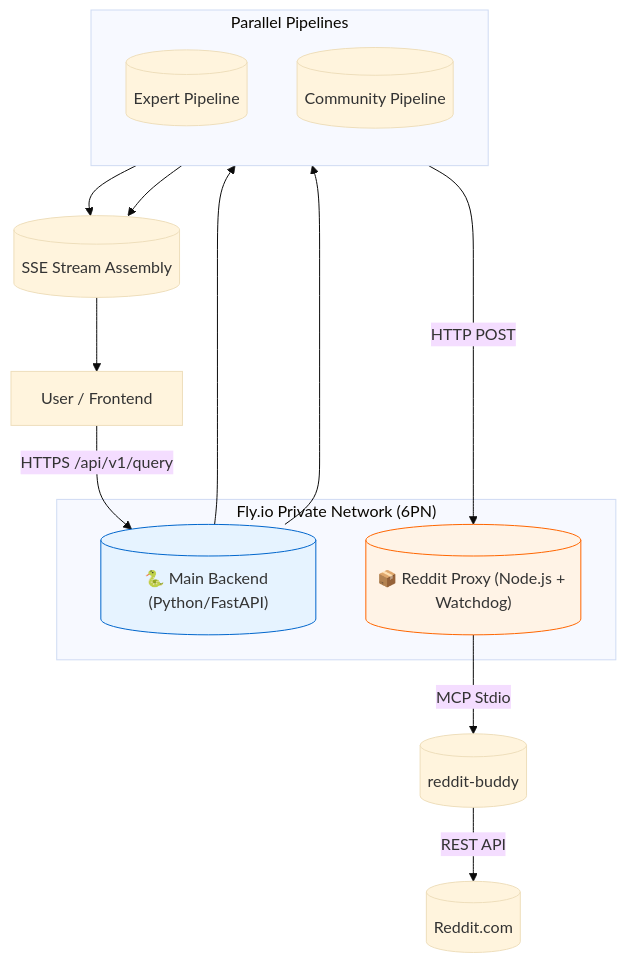
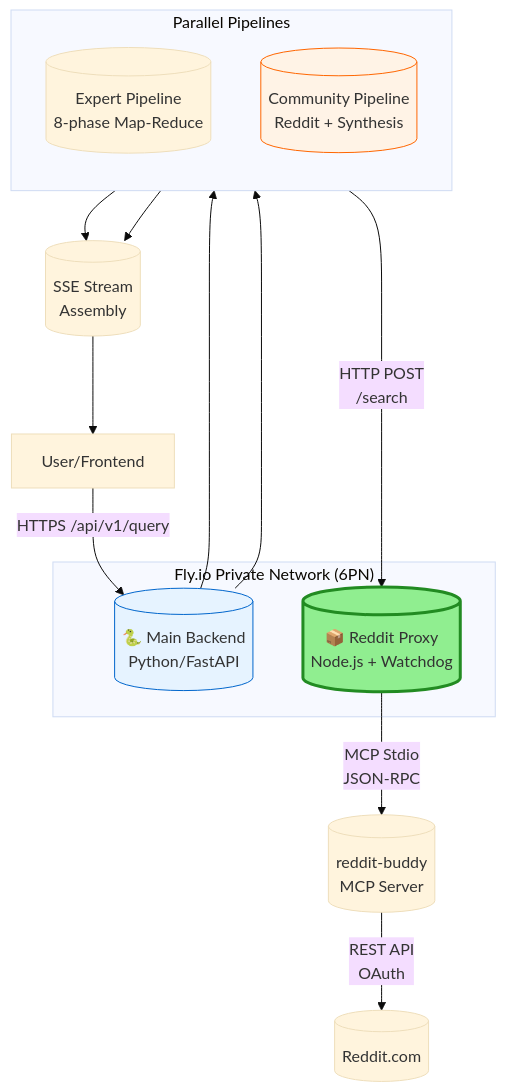
Before and after one commit to shao3d/Experts_panel: the diagram in specs/004-reddit-mcp-integration.md, drawn with Mermaid (base theme). The commit also changed other lines of this file and 28 other files, not shown here.

First line of the commit message:
feat: Phase 3 - Reddit MCP Integration Backend

````diff
--- a/specs/004-reddit-mcp-integration.md
+++ b/specs/004-reddit-mcp-integration.md
@@ -13,30 +29,31 @@
 ```mermaid
 graph TD
     subgraph "Fly.io Private Network (6PN)"
-        MainApp[("🐍 Main Backend (Python/FastAPI)")]
-        RedditService[("📦 Reddit Proxy (Node.js + Watchdog)")]
+        MainApp[("🐍 Main Backend<br/>Python/FastAPI")]
+        RedditService[("📦 Reddit Proxy<br/>Node.js + Watchdog")]
     end
 
-    User[User / Frontend] -- "HTTPS /api/v1/query" --> MainApp
+    User[User/Frontend] -- "HTTPS /api/v1/query" --> MainApp
     
     subgraph "Parallel Pipelines"
         direction TB
-        ExpertPipe[("Expert Pipeline")]
-        RedditPipe[("Community Pipeline")]
+        ExpertPipe[("Expert Pipeline<br/>8-phase Map-Reduce")]
+        RedditPipe[("Community Pipeline<br/>Reddit + Synthesis")]
     end
 
     MainApp --> ExpertPipe
     MainApp --> RedditPipe
     
-    RedditPipe -- "HTTP POST" --> RedditService
-    RedditService -- "MCP Stdio" --> RedditMCP[("reddit-buddy")]
-    RedditMCP -- "REST API" --> RedditAPI[("Reddit.com")]
+    RedditPipe -- "HTTP POST<br/>/search" --> RedditService
+    RedditService -- "MCP Stdio<br/>JSON-RPC" --> RedditMCP[("reddit-buddy<br/>MCP Server")]
+    RedditMCP -- "REST API<br/>OAuth" --> RedditAPI[("Reddit.com")]
     
     ExpertPipe --> FinalResp
     RedditPipe --> FinalResp
     
-    FinalResp[("SSE Stream Assembly")] --> User
+    FinalResp[("SSE Stream<br/>Assembly")] --> User
 
     style MainApp fill:#e6f3ff,stroke:#0066cc
-    style RedditService fill:#fff3e6,stroke:#ff6600
+    style RedditService fill:#90EE90,stroke:#228B22,stroke-width:3px
+    style RedditPipe fill:#fff3e6,stroke:#ff6600
 ```
````
